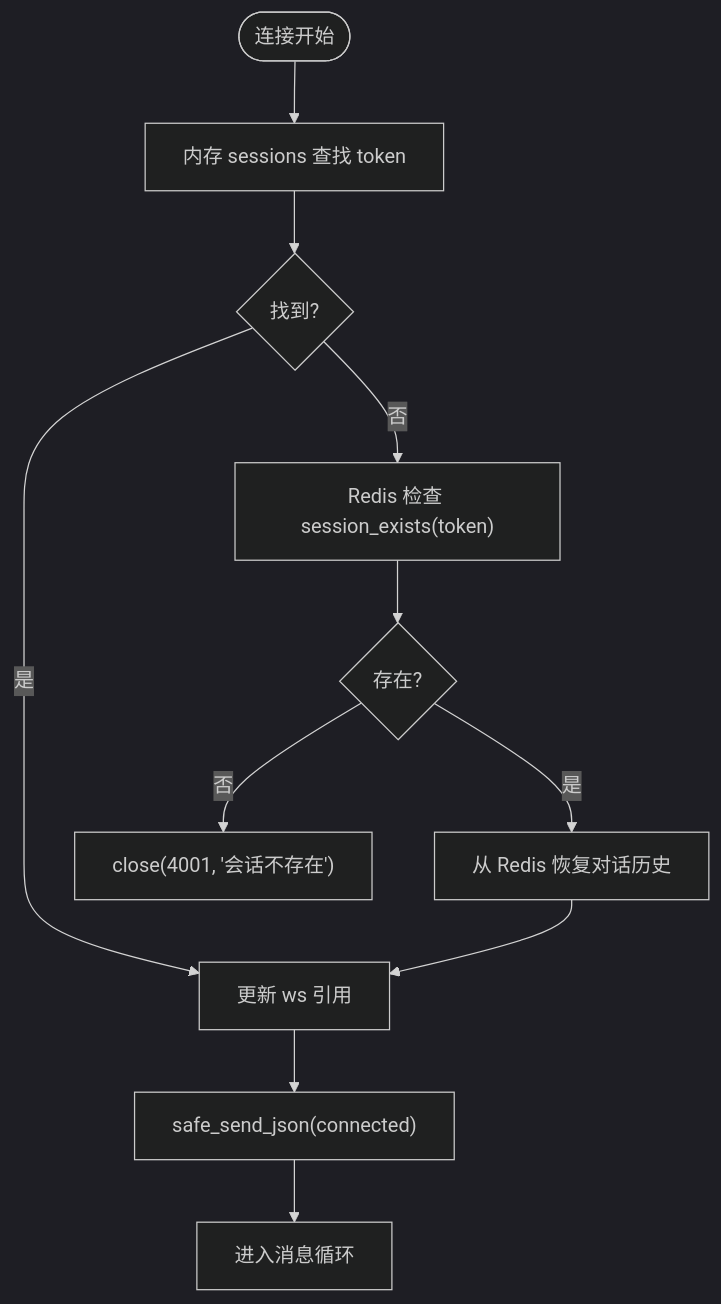
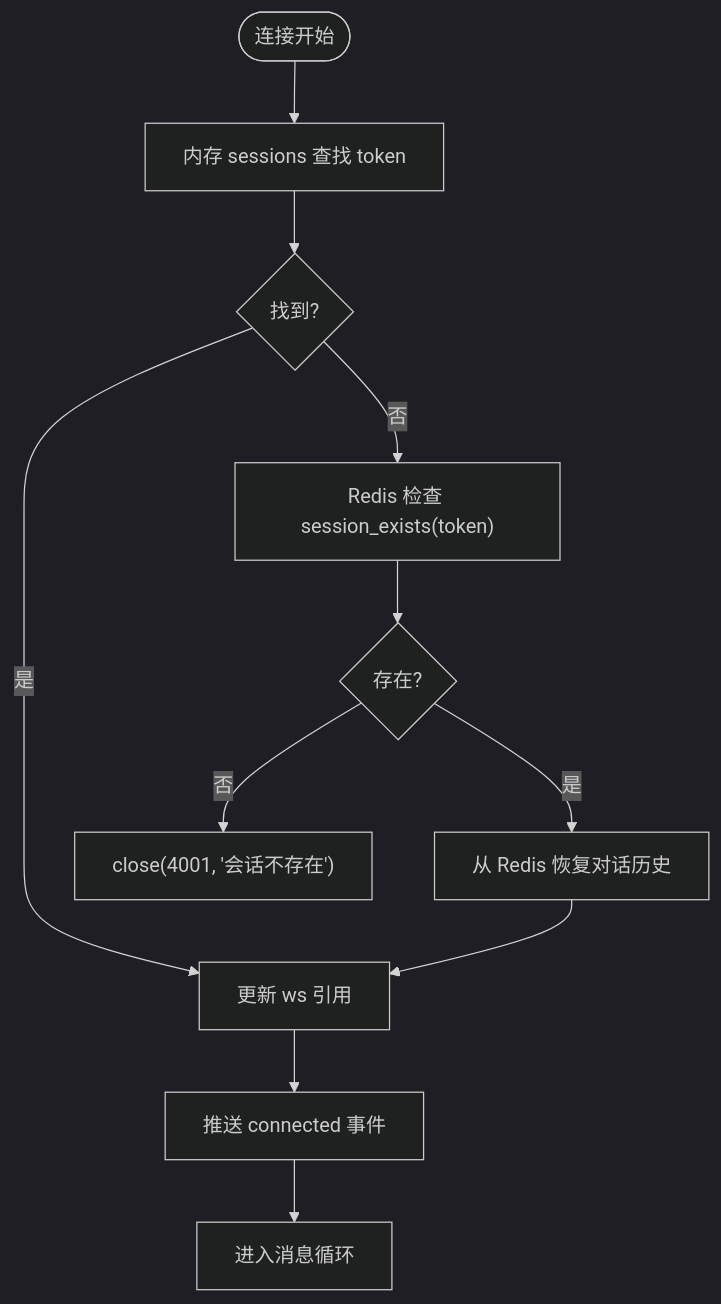
One commit to leo21cn/real-time-talk changed the third of 7 diagrams in .qoder/repowiki/zh/content/后端服务/WebSocket 通信协议.md. Above: the diagram before and after it, drawn with Mermaid (dark theme). The commit also changed other lines of this file and 21 other files, not shown here.

````diff
--- a/.qoder/repowiki/zh/content/后端服务/WebSocket 通信协议.md
+++ b/.qoder/repowiki/zh/content/后端服务/WebSocket 通信协议.md
@@ -225,13 +178,13 @@
 ```mermaid
 flowchart TD
 Start(["连接开始"]) --> CheckMem["内存 sessions 查找 token"]
 CheckMem --> Found{"找到?"}
 Found --> |是| UpdateRef["更新 ws 引用"]
 Found --> |否| CheckRedis["Redis 检查 session_exists(token)"]
 CheckRedis --> Exists{"存在?"}
 Exists --> |否| CloseErr["close(4001, '会话不存在')"]
 Exists --> |是| Restore["从 Redis 恢复对话历史"]
 Restore --> UpdateRef
-UpdateRef --> SendConnected["safe_send_json(connected)"]
+UpdateRef --> SendConnected["推送 connected 事件"]
 SendConnected --> Loop["进入消息循环"]
 ```
````
